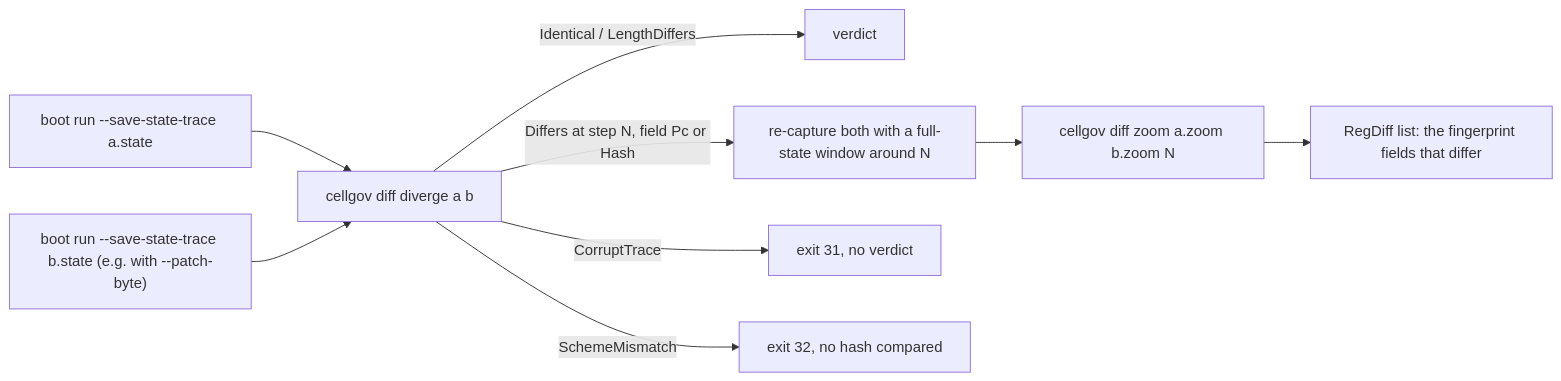
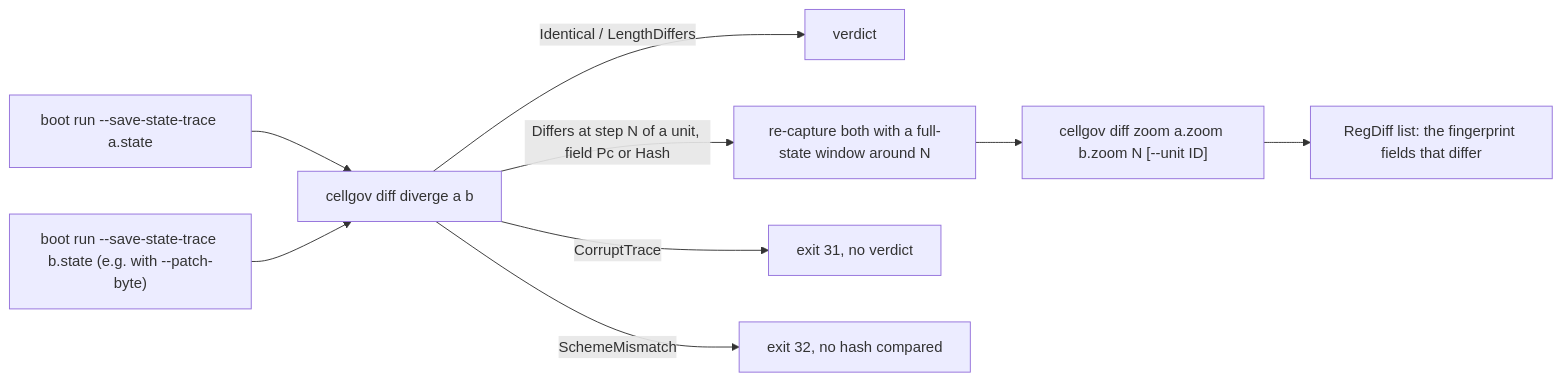
The second of 2 diagrams in docs/architecture/comparison.md (RoyalAce22/CellGov), drawn with Mermaid before and after one commit. The commit also changed other lines of this file and 14 other files, not shown here.

Commit message:
feat(compare): diverge compares each unit's state-hash stream and names the unit; zoom diffs an SPU snapshot

````diff
--- a/docs/architecture/comparison.md
+++ b/docs/architecture/comparison.md
@@ -174,11 +174,11 @@
 ```mermaid
 flowchart LR
   a["boot run --save-state-trace a.state"] --> dv["cellgov diff diverge a b"]
   b["boot run --save-state-trace b.state (e.g. with --patch-byte)"] --> dv
   dv -->|Identical / LengthDiffers| done["verdict"]
-  dv -->|"Differs at step N, field Pc or Hash"| win["re-capture both with a full-state window around N"]
+  dv -->|"Differs at step N of a unit, field Pc or Hash"| win["re-capture both with a full-state window around N"]
   dv -->|CorruptTrace| bad["exit 31, no verdict"]
   dv -->|SchemeMismatch| sch["exit 32, no hash compared"]
-  win --> zm["cellgov diff zoom a.zoom b.zoom N"]
+  win --> zm["cellgov diff zoom a.zoom b.zoom N [--unit ID]"]
   zm --> rd["RegDiff list: the fingerprint fields that differ"]
 ```
````
